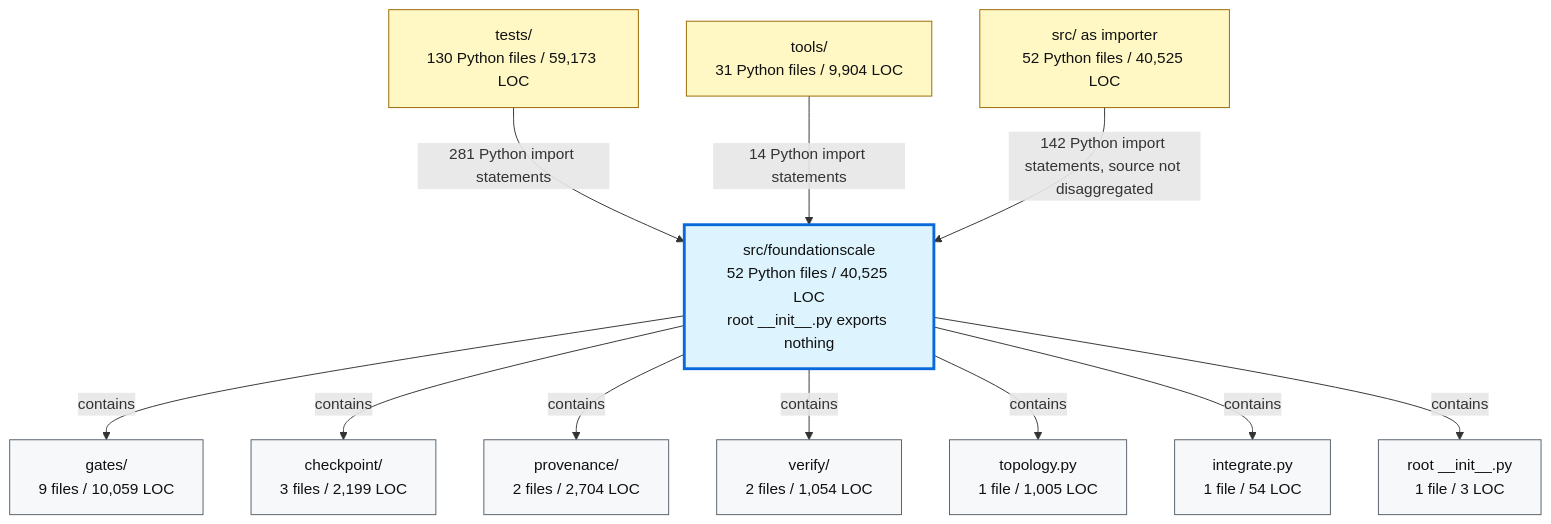
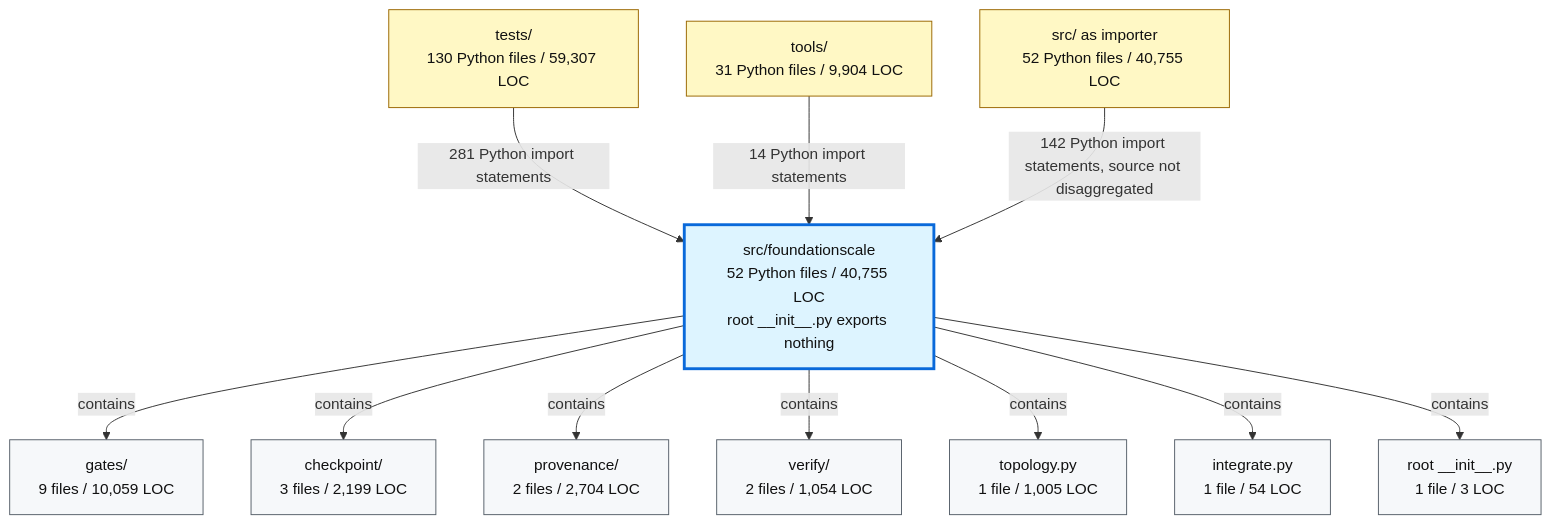
The second of 2 diagrams in docs/review/D2_current_architecture.md (TranNhiem/FoundationScale), drawn with Mermaid before and after one commit. The commit also changed other lines of this file and 13 other files, not shown here.

````diff
--- a/docs/review/D2_current_architecture.md
+++ b/docs/review/D2_current_architecture.md
@@ -97,36 +97,36 @@
 ```mermaid
 flowchart TB
-  TESTS["tests/<br/>130 Python files / 59,173 LOC"]
+  TESTS["tests/<br/>130 Python files / 59,307 LOC"]
   TOOLS["tools/<br/>31 Python files / 9,904 LOC"]
-  SRC["src/ as importer<br/>52 Python files / 40,525 LOC"]
+  SRC["src/ as importer<br/>52 Python files / 40,755 LOC"]
 
-  FS["src/foundationscale<br/>52 Python files / 40,525 LOC<br/>root __init__.py exports nothing"]
+  FS["src/foundationscale<br/>52 Python files / 40,755 LOC<br/>root __init__.py exports nothing"]
 
   GATES["gates/<br/>9 files / 10,059 LOC"]
   CKPT["checkpoint/<br/>3 files / 2,199 LOC"]
   PROV["provenance/<br/>2 files / 2,704 LOC"]
   VERIFY["verify/<br/>2 files / 1,054 LOC"]
   TOPO["topology.py<br/>1 file / 1,005 LOC"]
   INTEG["integrate.py<br/>1 file / 54 LOC"]
   ROOT["root __init__.py<br/>1 file / 3 LOC"]
 
   TESTS -->|"281 Python import statements"| FS
   TOOLS -->|"14 Python import statements"| FS
   SRC -->|"142 Python import statements, source not disaggregated"| FS
 
   FS -->|"contains"| GATES
   FS -->|"contains"| CKPT
   FS -->|"contains"| PROV
   FS -->|"contains"| VERIFY
   FS -->|"contains"| TOPO
   FS -->|"contains"| INTEG
   FS -->|"contains"| ROOT
 
   classDef consumer fill:#fff8c5,stroke:#9a6700,color:#111;
   classDef package fill:#ddf4ff,stroke:#0969da,stroke-width:3px,color:#111;
   classDef module fill:#f6f8fa,stroke:#57606a,color:#111;
 
   class TESTS,TOOLS,SRC consumer;
   class FS package;
   class GATES,CKPT,PROV,VERIFY,TOPO,INTEG,ROOT module;
 ```
````
